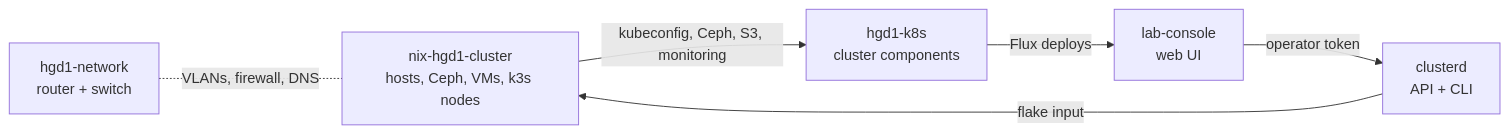
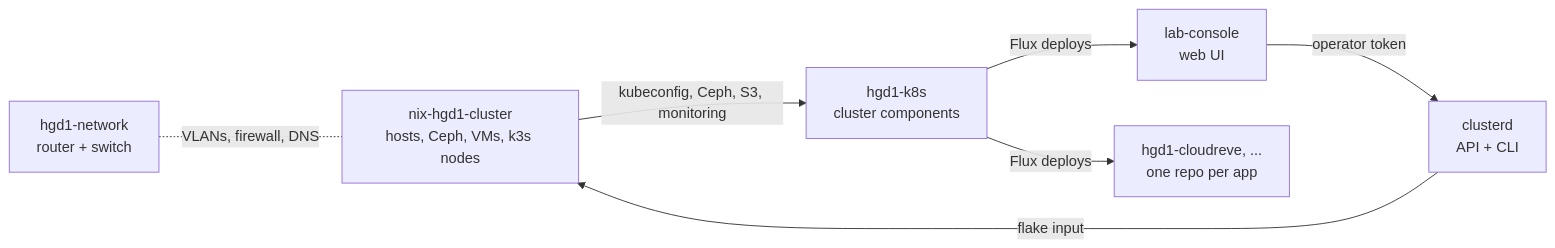
Before and after one commit to jurrebuunk/nix-cluster: the diagram in docs/reference/repositories.md, drawn with Mermaid. The commit also changed other lines of this file and 1 other file, not shown here.

Commit message:
docs: one repo per app, hgd1-cloudreve

````diff
--- a/docs/reference/repositories.md
+++ b/docs/reference/repositories.md
@@ -21,13 +22,15 @@
 ```mermaid
 flowchart LR
   cluster[nix-hgd1-cluster<br/>hosts, Ceph, VMs, k3s nodes]
   clusterd[clusterd<br/>API + CLI]
   k8s[hgd1-k8s<br/>cluster components]
   console[lab-console<br/>web UI]
+  apps[hgd1-cloudreve, ...<br/>one repo per app]
   net[hgd1-network<br/>router + switch]
   clusterd -- flake input --> cluster
   cluster -- kubeconfig, Ceph, S3, monitoring --> k8s
   k8s -- Flux deploys --> console
+  k8s -- Flux deploys --> apps
   console -- operator token --> clusterd
   net -. VLANs, firewall, DNS .- cluster
 ```
````
